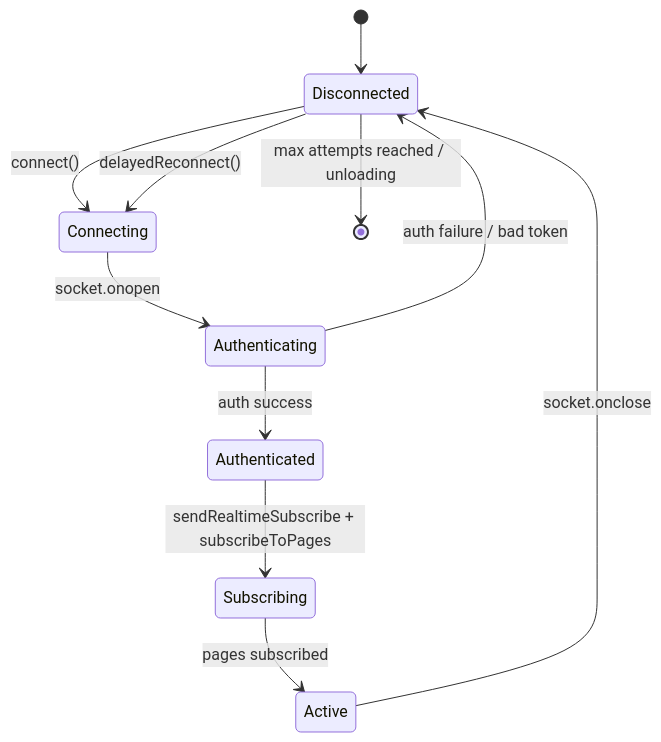
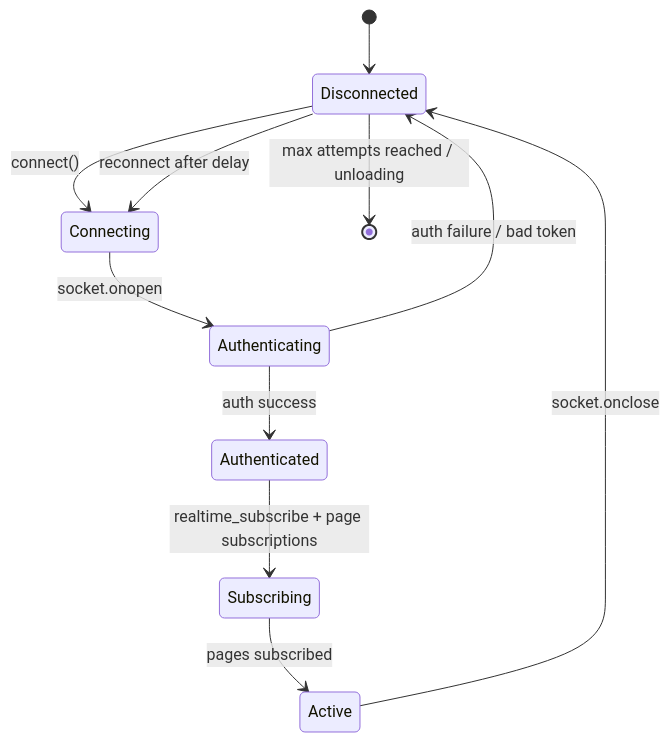
One commit to baserow/baserow changed the first of 4 diagrams in docs/technical/realtime-reliability.md. Above: the diagram before and after it, drawn with Mermaid. The commit also changed other lines of this file and 23 other files, not shown here.

````diff
--- a/docs/technical/realtime-reliability.md
+++ b/docs/technical/realtime-reliability.md
@@ -20,13 +20,13 @@
 ```mermaid
 stateDiagram-v2
     [*] --> Disconnected
     Disconnected --> Connecting : connect()
     Connecting --> Authenticating : socket.onopen
     Authenticating --> Authenticated : auth success
     Authenticating --> Disconnected : auth failure / bad token
-    Authenticated --> Subscribing : sendRealtimeSubscribe + subscribeToPages
+    Authenticated --> Subscribing : realtime_subscribe + page subscriptions
     Subscribing --> Active : pages subscribed
     Active --> Disconnected : socket.onclose
-    Disconnected --> Connecting : delayedReconnect()
+    Disconnected --> Connecting : reconnect after delay
     Disconnected --> [*] : max attempts reached / unloading
 ```
````
